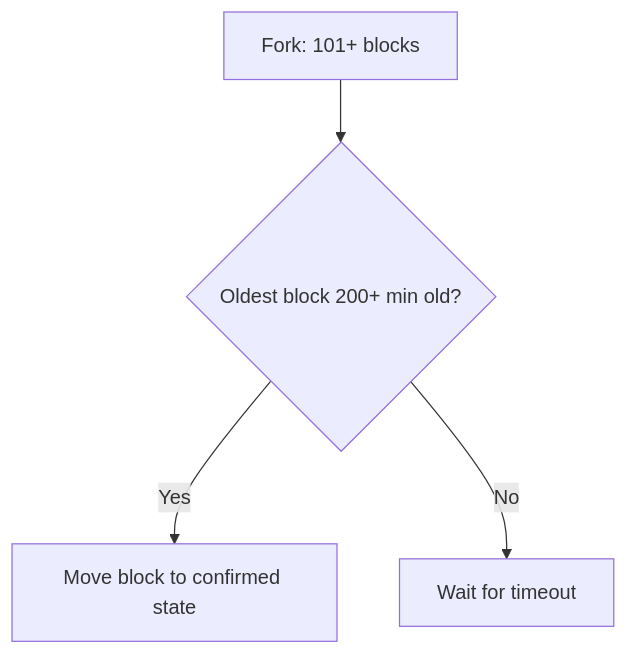
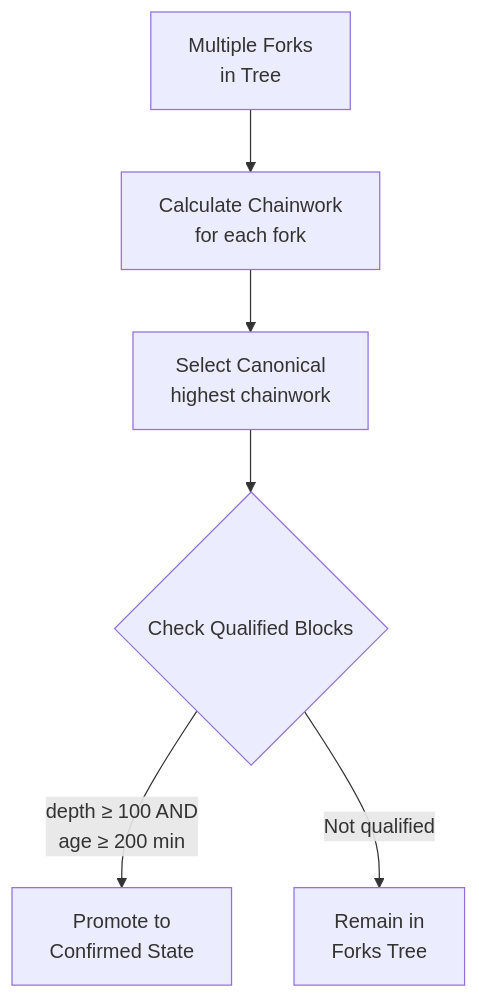
Before and after one commit to lantr-io/binocular: the fifth of 5 diagrams in Litepaper.md, drawn with Mermaid. The commit also changed other lines of this file and 3 other files, not shown here.

````diff
--- a/Litepaper.md
+++ b/Litepaper.md
@@ -109,6 +113,8 @@
 ```mermaid
 graph TD
-A[Fork: 101+ blocks] --> B{Oldest block 200+ min old?}
-B -->|Yes| C[Move block to confirmed state]
-B -->|No| D[Wait for timeout]
+    A[Multiple Forks<br/>in Tree] --> B[Calculate Chainwork<br/>for each fork]
+    B --> C[Select Canonical<br/>highest chainwork]
+    C --> D{Check Qualified Blocks}
+    D -->|depth ≥ 100 AND<br/>age ≥ 200 min| E[Promote to<br/>Confirmed State]
+    D -->|Not qualified| F[Remain in<br/>Forks Tree]
 ```
````
